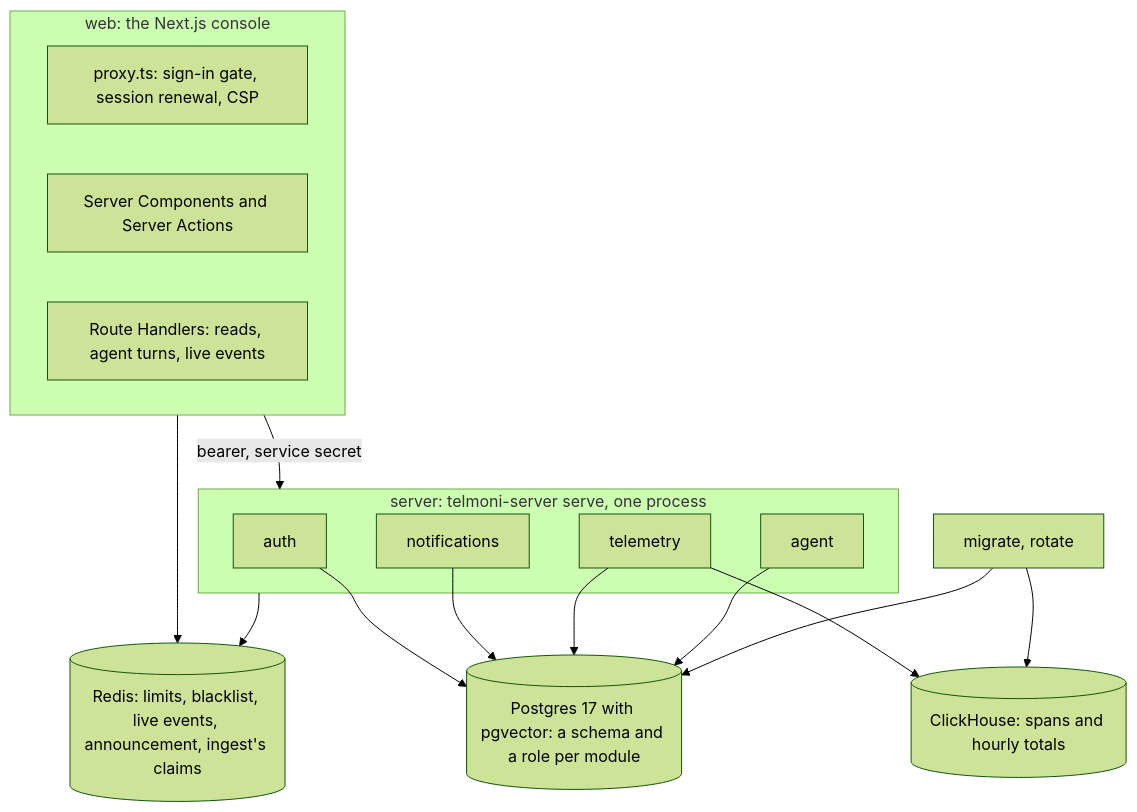
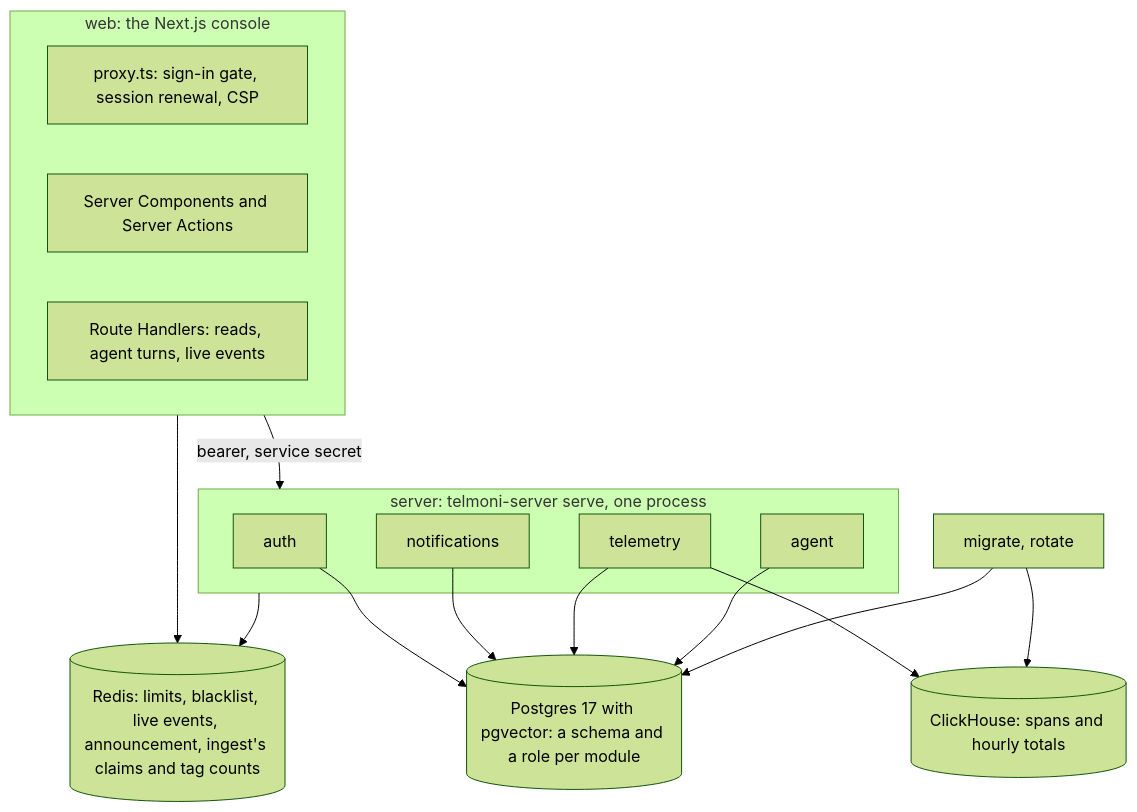
The second of 5 diagrams in ARCHITECTURE.md (telmoni/telmoni), drawn with Mermaid (forest theme) before and after one commit. The commit also changed other lines of this file and 17 other files, not shown here.

````diff
--- a/ARCHITECTURE.md
+++ b/ARCHITECTURE.md
@@ -122,24 +122,24 @@
 ```mermaid
 flowchart TB
   subgraph Web["web: the Next.js console"]
     Proxy["proxy.ts: sign-in gate, session renewal, CSP"]
     Pages["Server Components and Server Actions"]
     Relays["Route Handlers: reads, agent turns, live events"]
   end
-  Redis[("Redis: limits, blacklist, live events, announcement, ingest's claims")]
+  Redis[("Redis: limits, blacklist, live events, announcement, ingest's claims and tag counts")]
   subgraph Server["server: telmoni-server serve, one process"]
     Auth["auth"]
     Notif["notifications"]
     Telemetry["telemetry"]
     Agent["agent"]
   end
   Jobs["migrate, rotate"]
   PG[("Postgres 17 with pgvector: a schema and a role per module")]
   CH[("ClickHouse: spans and hourly totals")]
   Web --> Redis
   Web -->|"bearer, service secret"| Server
   Server --> Redis
   Auth & Notif & Telemetry & Agent --> PG
   Telemetry --> CH
   Jobs --> PG & CH
 ```
````
